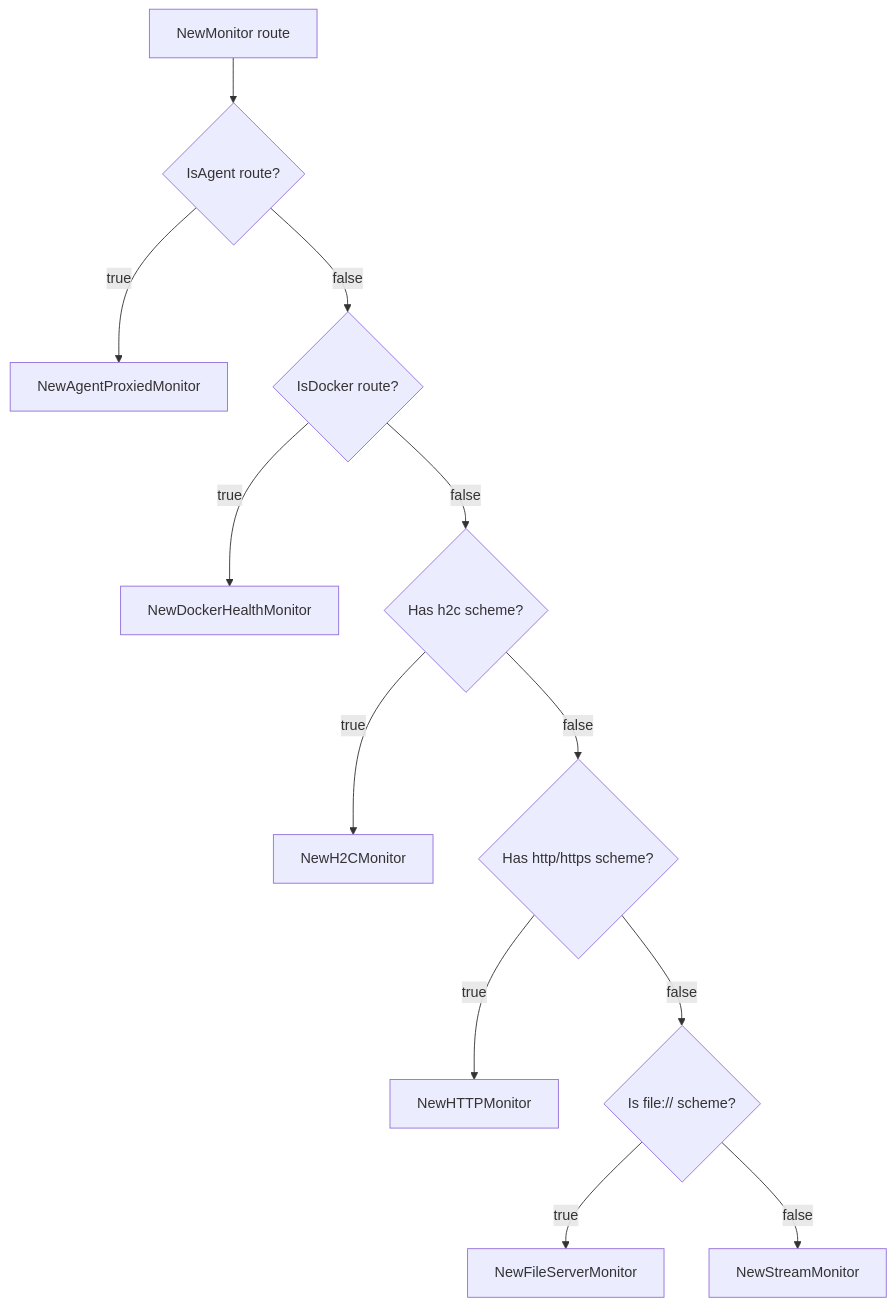
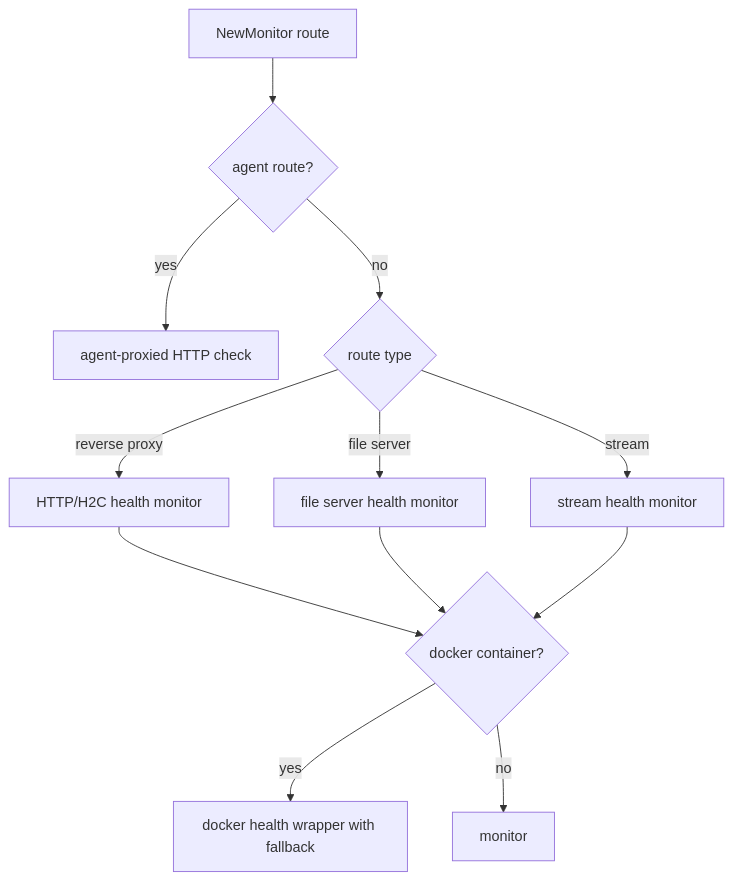
The diagram in content/docs/impl/internal-health-monitor.mdx (yusing/godoxy-wiki), drawn with Mermaid before and after one commit. The commit also changed other lines of this file and 20 other files, not shown here.

````diff
--- a/content/docs/impl/internal-health-monitor.mdx
+++ b/content/docs/impl/internal-health-monitor.mdx
@@ -117,14 +55,14 @@
 ```mermaid
 flowchart TD
-    A[NewMonitor route] --> B{IsAgent route?}
-    B -->|true| C[NewAgentProxiedMonitor]
-    B -->|false| D{IsDocker route?}
-    D -->|true| E[NewDockerHealthMonitor]
-    D -->|false| F{Has h2c scheme?}
-    F -->|true| G[NewH2CMonitor]
-    F -->|false| H{Has http/https scheme?}
-    H -->|true| I[NewHTTPMonitor]
-    H -->|false| J{Is file:// scheme?}
-    J -->|true| K[NewFileServerMonitor]
-    J -->|false| L[NewStreamMonitor]
+    A[NewMonitor route] --> B{agent route?}
+    B -->|yes| C[agent-proxied HTTP check]
+    B -->|no| D{route type}
+    D -->|reverse proxy| E[HTTP/H2C health monitor]
+    D -->|file server| F[file server health monitor]
+    D -->|stream| G[stream health monitor]
+    E --> H{docker container?}
+    F --> H
+    G --> H
+    H -->|yes| I[docker health wrapper with fallback]
+    H -->|no| J[monitor]
 ```
````
